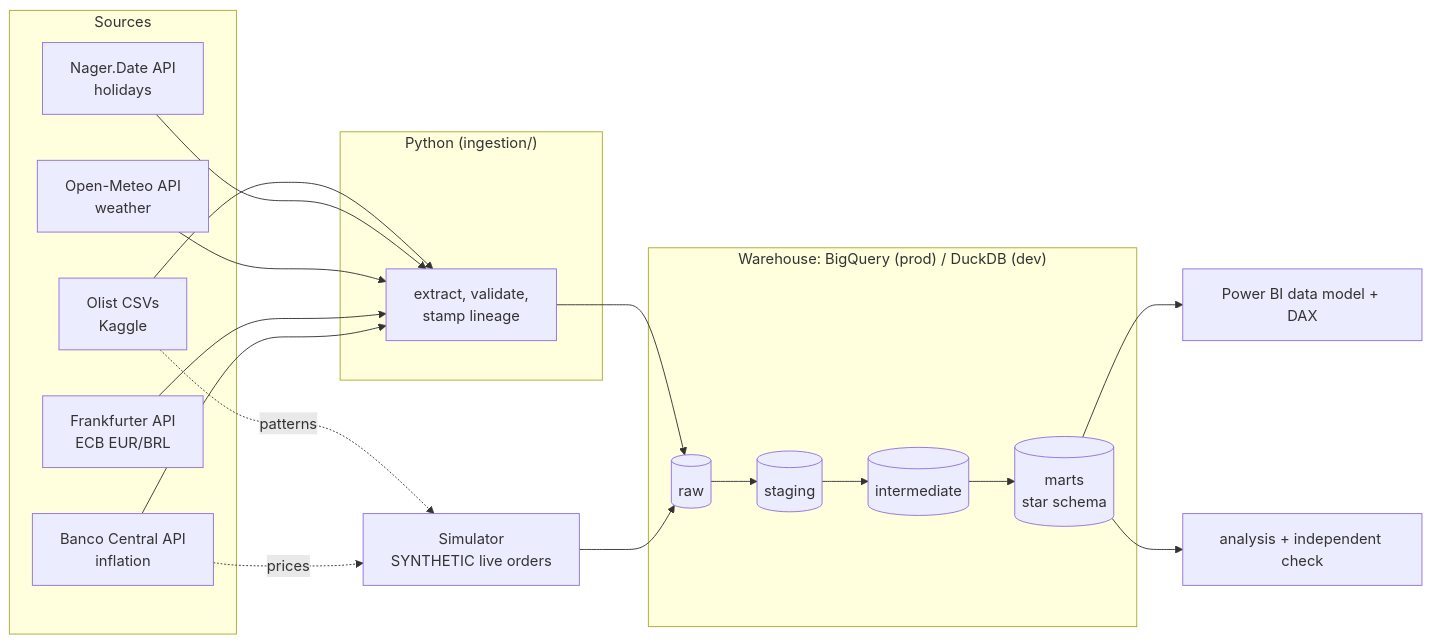
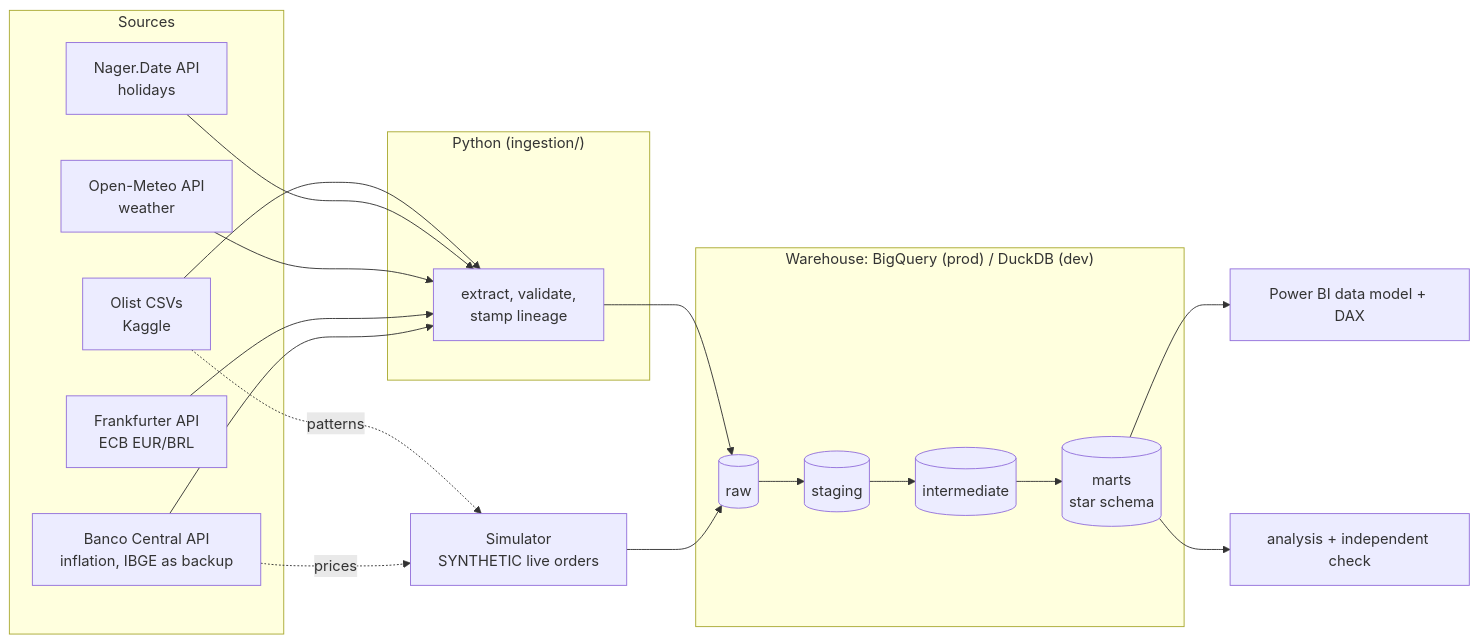
The diagram in README.md (airlhorm1-del/delivery-risk-analytics), drawn with Mermaid before and after one commit. The commit also changed other lines of this file and 7 other files, not shown here.

First line of the commit message:
Inflation data: fall back to IBGE, then to the saved series

````diff
--- a/README.md
+++ b/README.md
@@ -83,23 +83,23 @@
 ```mermaid
 flowchart LR
     subgraph Sources
         K[Olist CSVs<br/>Kaggle]
         H[Nager.Date API<br/>holidays]
         W[Open-Meteo API<br/>weather]
         F[Frankfurter API<br/>ECB EUR/BRL]
-        B[Banco Central API<br/>inflation]
+        B[Banco Central API<br/>inflation, IBGE as backup]
     end
     SIM[Simulator<br/>SYNTHETIC live orders]
     subgraph Python["Python (ingestion/)"]
         E[extract, validate,<br/>stamp lineage]
     end
     subgraph Warehouse["Warehouse: BigQuery (prod) / DuckDB (dev)"]
         R[(raw)] --> S[(staging)] --> I[(intermediate)] --> M[(marts<br/>star schema)]
     end
     K & H & W & F & B --> E --> R
     K -. patterns .-> SIM
     B -. prices .-> SIM
     SIM --> R
     M --> P[Power BI data model + DAX]
     M --> A[analysis + independent check]
 ```
````
